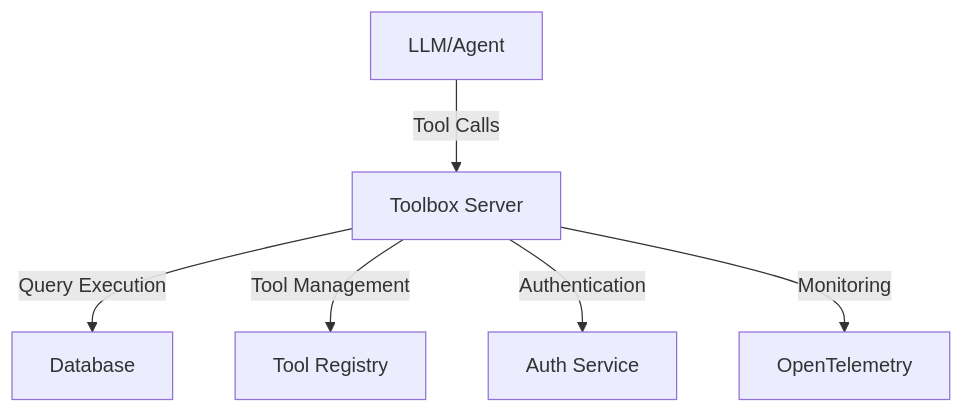
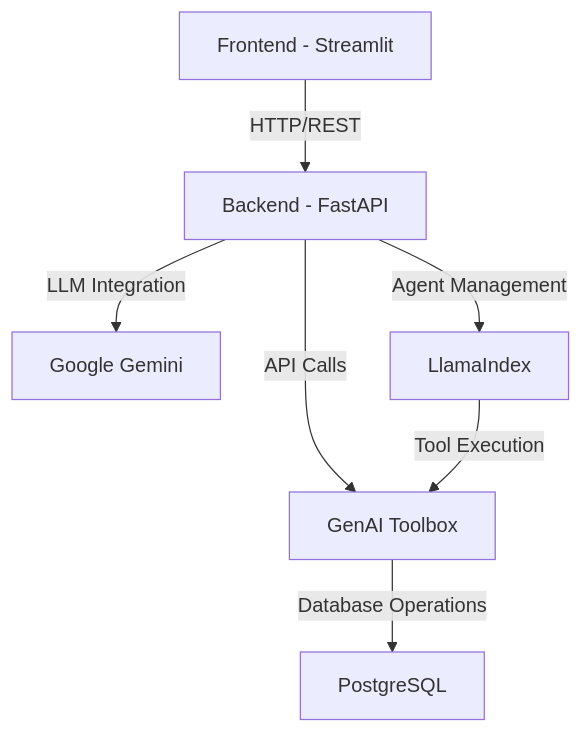
One commit to arjunprabhulal/gemini-toolbox-dvd-rental-assistant changed the second of 3 diagrams in README.md. Above: the diagram before and after it, drawn with Mermaid. The commit also changed other lines of this file, not shown here.

Commit message:
docs: Enhanced README with detailed technical documentation, accurate API endpoints, and improved architecture diagrams

````diff
--- a/README.md
+++ b/README.md
@@ -219,8 +234,9 @@
-```mermaid
-graph TD
-    A[LLM/Agent] -->|Tool Calls| B[Toolbox Server]
-    B -->|Query Execution| C[Database]
-    B -->|Tool Management| D[Tool Registry]
-    B -->|Authentication| E[Auth Service]
-    B -->|Monitoring| F[OpenTelemetry]
-```
+   ```mermaid
+   graph TD
+       A[Frontend - Streamlit] -->|HTTP/REST| B[Backend - FastAPI]
+       B -->|API Calls| C[GenAI Toolbox]
+       C -->|Database Operations| D[PostgreSQL]
+       B -->|LLM Integration| E[Google Gemini]
+       B -->|Agent Management| F[LlamaIndex]
+       F -->|Tool Execution| C
+   ```
````
